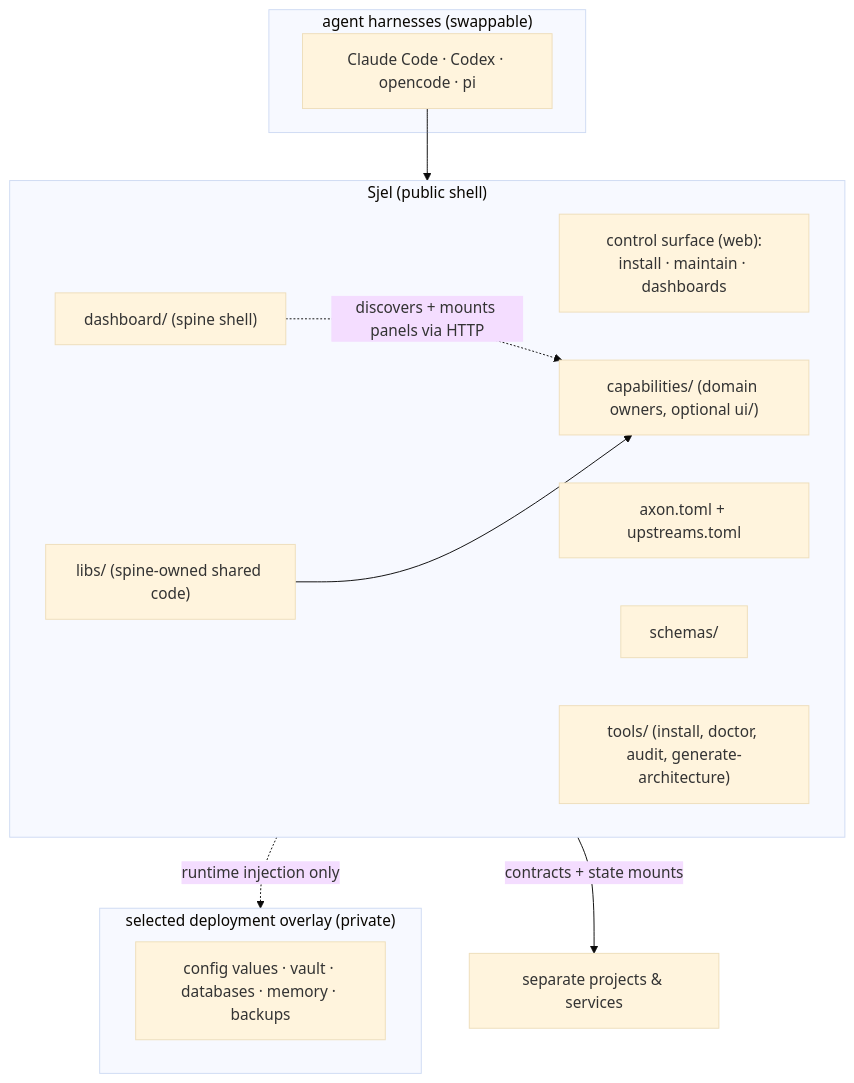
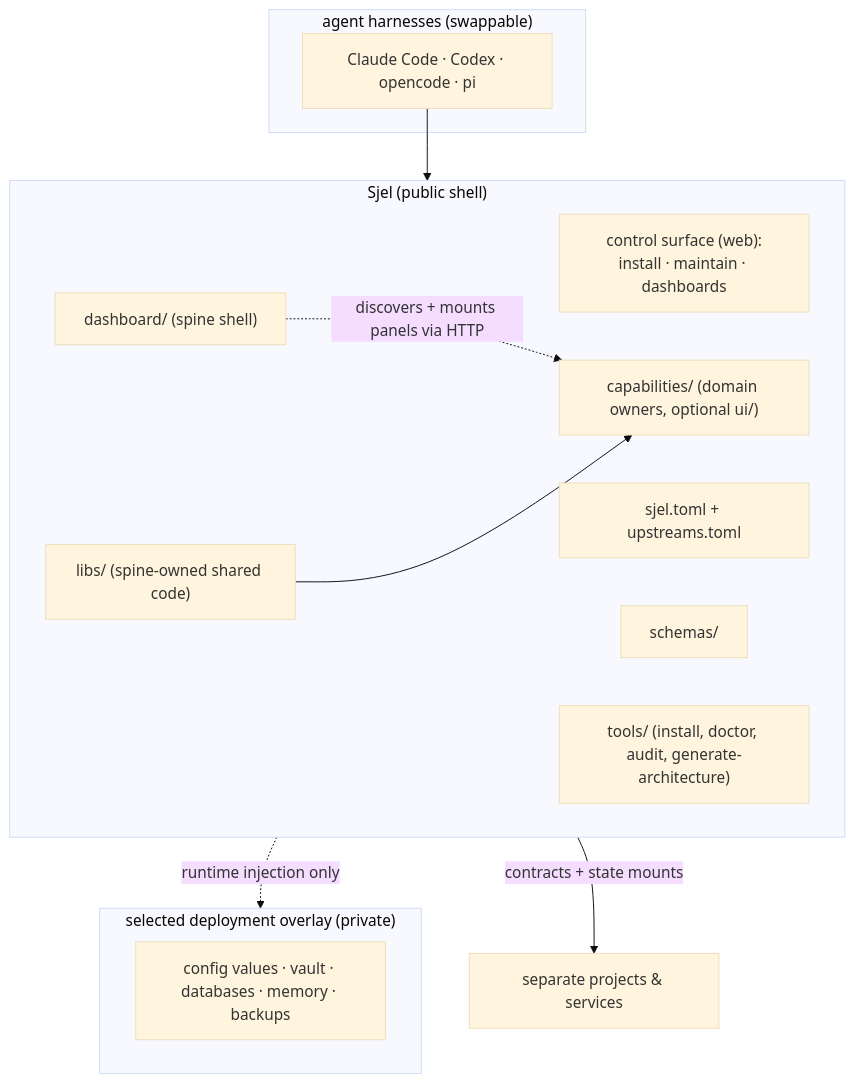
Before and after one commit to larsboes/Sjel: the diagram in CONTRIBUTING.md, drawn with Mermaid (base theme). The commit also changed other lines of this file and 59 other files, not shown here.

First line of the commit message:
refactor(config): the manifest is sjel.toml, and the old names stay readable

````diff
--- a/CONTRIBUTING.md
+++ b/CONTRIBUTING.md
@@ -783,23 +783,23 @@
 ```mermaid
 flowchart TB
     subgraph HARNESS["agent harnesses (swappable)"]
         H["Claude Code · Codex · opencode · pi"]
     end
     subgraph AXON["Sjel (public shell)"]
         C["control surface (web):<br/>install · maintain · dashboards"]
-        M["axon.toml + upstreams.toml"]
+        M["sjel.toml + upstreams.toml"]
         S["schemas/"]
         T["tools/ (install, doctor, audit, generate-architecture)"]
         CAP["capabilities/ (domain owners, optional ui/)"]
         D["dashboard/ (spine shell)"]
         L["libs/ (spine-owned shared code)"]
         D -.->|discovers + mounts panels via HTTP| CAP
         L --> CAP
     end
     subgraph OVERLAY["selected deployment overlay (private)"]
         P["config values · vault · databases · memory · backups"]
     end
     H --> AXON
     AXON -.->|runtime injection only| OVERLAY
     AXON -->|contracts + state mounts| EXT["separate projects & services"]
 ```
````
